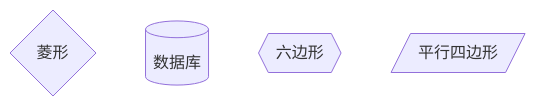
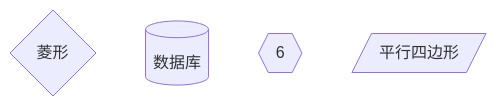
The third of 5 diagrams in _posts/demo/2024-08-05-markdown.md (MarkDeanZHQ/MarkDeanZHQ.github.io), drawn with Mermaid before and after one commit. The commit also changed other lines of this file and 4 other files, not shown here.

````diff
--- a/_posts/demo/2024-08-05-markdown.md
+++ b/_posts/demo/2024-08-05-markdown.md
@@ -209,8 +208,8 @@
 ```mermaid
 graph TB
 F{菱形}
 G[(数据库)]
-H{{六边形}}
+H{{6}}
 I[/平行四边形/]
 
 ```
````
